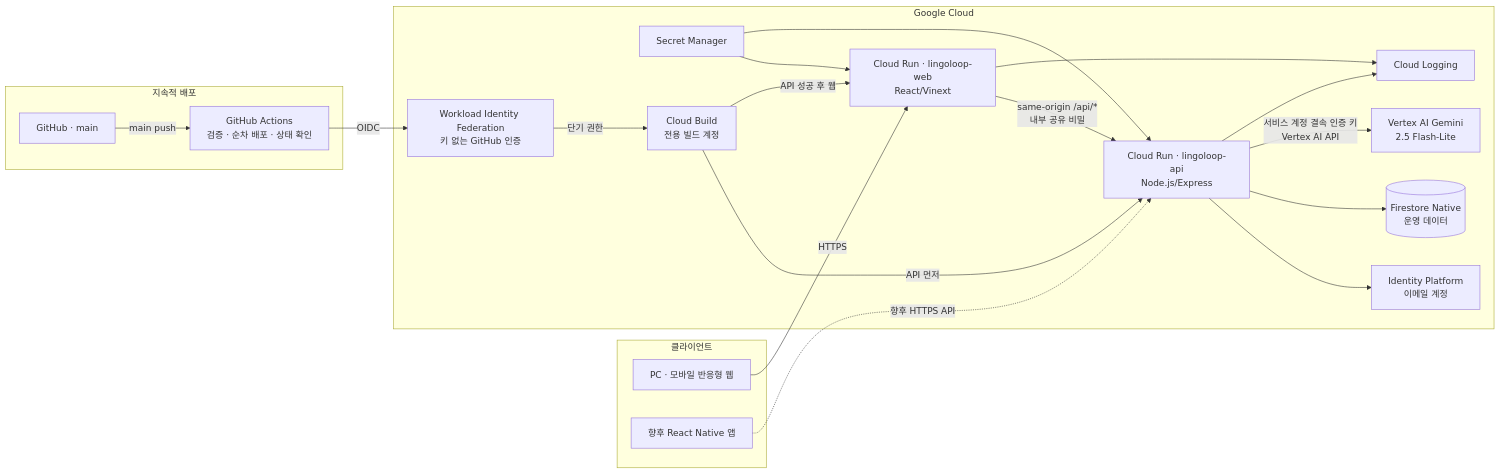
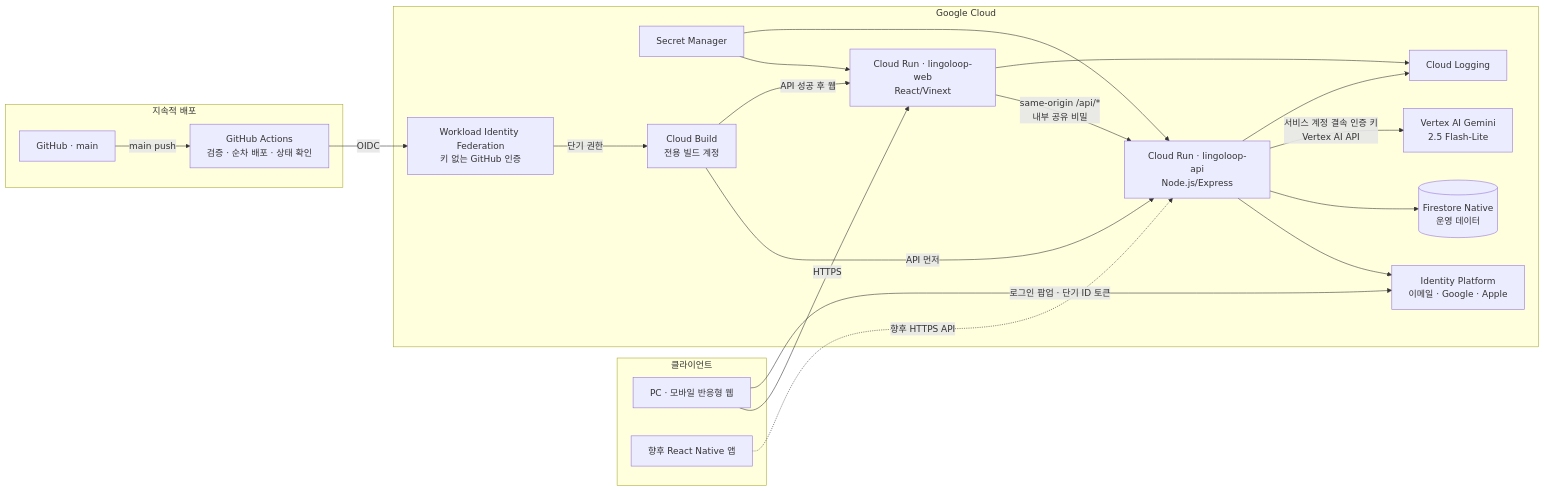
Before and after one commit to Docile1115/lingoloop-web-mock: the diagram in README.md, drawn with Mermaid. The commit also changed other lines of this file and 12 other files, not shown here.

Commit message:
Add secure Google and Apple sign-in flow

````diff
--- a/README.md
+++ b/README.md
@@ -53,40 +53,41 @@
 ```mermaid
 flowchart LR
     subgraph Delivery["지속적 배포"]
         GitHub["GitHub · main"]
         Actions["GitHub Actions\n검증 · 순차 배포 · 상태 확인"]
     end
 
     subgraph Clients["클라이언트"]
         Web["PC · 모바일 반응형 웹"]
         Native["향후 React Native 앱"]
     end
 
     subgraph GCP["Google Cloud"]
         WebRun["Cloud Run · lingoloop-web\nReact/Vinext"]
         ApiRun["Cloud Run · lingoloop-api\nNode.js/Express"]
-        Identity["Identity Platform\n이메일 계정"]
+        Identity["Identity Platform\n이메일 · Google · Apple"]
         Firestore[("Firestore Native\n운영 데이터")]
         Gemini["Vertex AI Gemini\n2.5 Flash-Lite"]
         Secrets["Secret Manager"]
         Logs["Cloud Logging"]
         Wif["Workload Identity Federation\n키 없는 GitHub 인증"]
         Build["Cloud Build\n전용 빌드 계정"]
     end
 
     GitHub -->|"main push"| Actions
     Actions -->|"OIDC"| Wif
     Wif -->|"단기 권한"| Build
     Build -->|"API 먼저"| ApiRun
     Build -->|"API 성공 후 웹"| WebRun
     Web -->|"HTTPS"| WebRun
+    Web -->|"로그인 팝업 · 단기 ID 토큰"| Identity
     Native -.->|"향후 HTTPS API"| ApiRun
     WebRun -->|"same-origin /api/*\n내부 공유 비밀"| ApiRun
     ApiRun --> Identity
     ApiRun --> Firestore
     ApiRun -->|"서비스 계정 결속 인증 키\nVertex AI API"| Gemini
     Secrets --> WebRun
     Secrets --> ApiRun
     WebRun --> Logs
     ApiRun --> Logs
 ```
````
